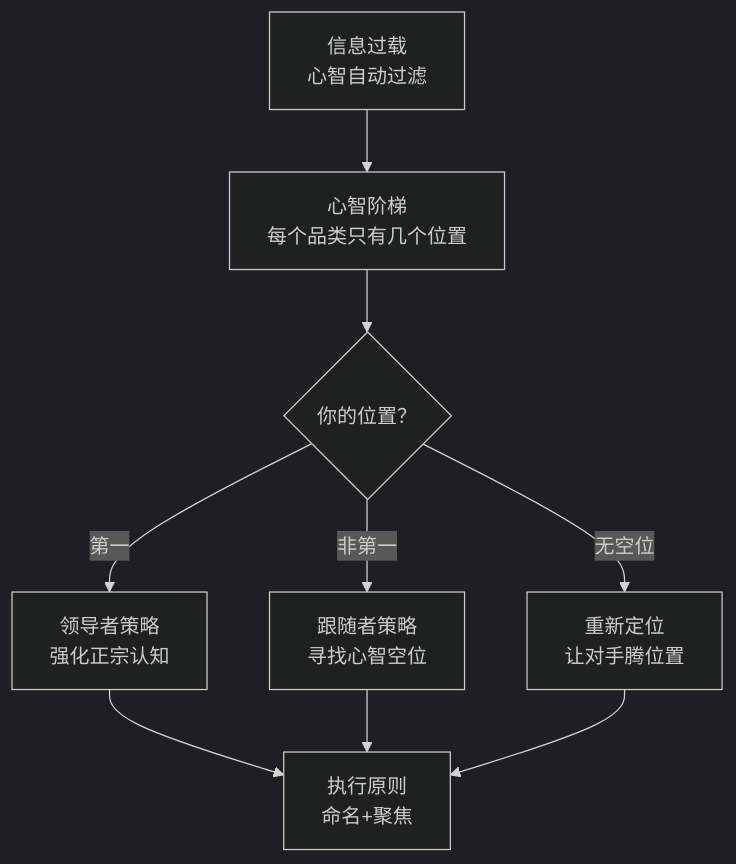
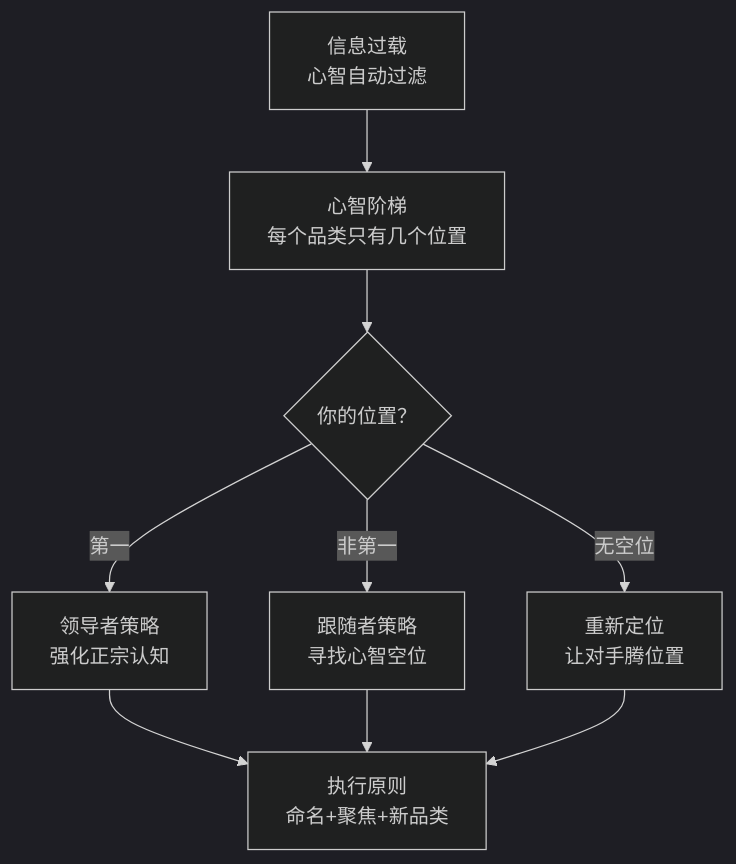
One commit to xdawayer/obsidian changed the diagram in 知识库/商业类/《定位》 - 艾·里斯.md. Above: the diagram before and after it, drawn with Mermaid (dark theme). The commit also changed other lines of this file and 5 other files, not shown here.

````diff
--- a/知识库/商业类/《定位》 - 艾·里斯.md
+++ b/知识库/商业类/《定位》 - 艾·里斯.md
@@ -30,11 +30,11 @@
 ```mermaid
 graph TD
     A["信息过载<br>心智自动过滤"] --> B["心智阶梯<br>每个品类只有几个位置"]
     B --> C{"你的位置？"}
     C -->|第一| D["领导者策略<br>强化正宗认知"]
     C -->|非第一| E["跟随者策略<br>寻找心智空位"]
     C -->|无空位| F["重新定位<br>让对手腾位置"]
-    D --> G["执行原则<br>命名+聚焦"]
+    D --> G["执行原则<br>命名+聚焦+新品类"]
     E --> G
     F --> G
 ```
````
